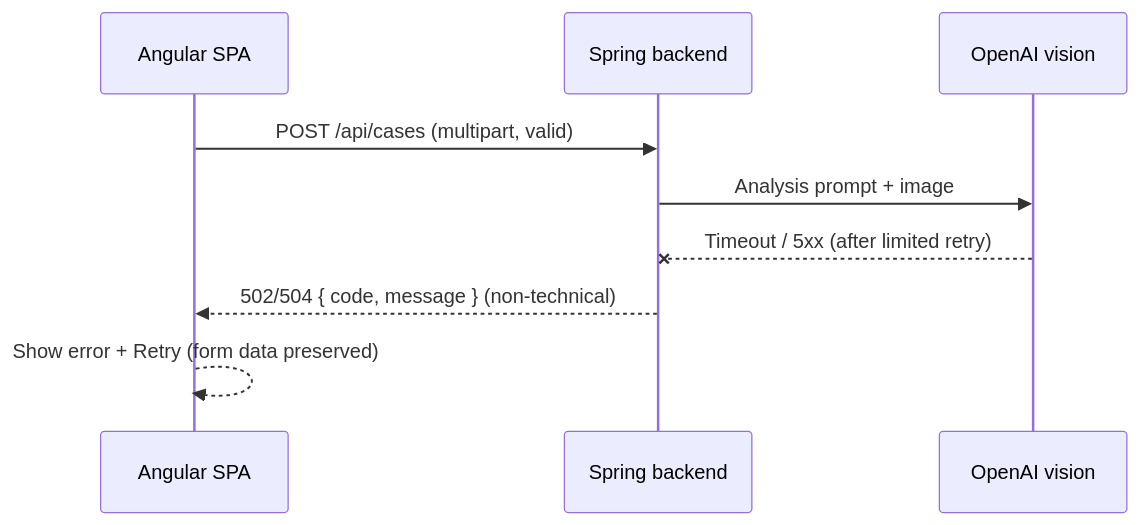
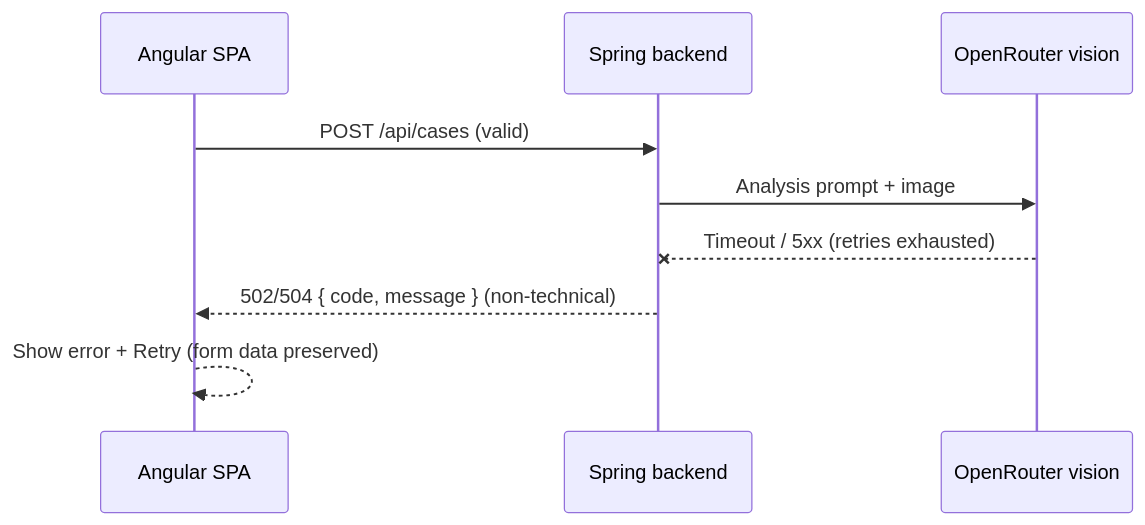
One commit to marcinws/AI-Programming-Course-NBP-22-06-2026 changed the fifth of 5 diagrams in docs/ADR/000-main-architecture.md. Above: the diagram before and after it, drawn with Mermaid. The commit also changed other lines of this file and 5 other files, not shown here.

````diff
--- a/docs/ADR/000-main-architecture.md
+++ b/docs/ADR/000-main-architecture.md
@@ -296,11 +322,11 @@
 ```mermaid
 sequenceDiagram
     participant FE as Angular SPA
     participant BE as Spring backend
-    participant V as OpenAI vision
-    FE->>BE: POST /api/cases (multipart, valid)
+    participant V as OpenRouter vision
+    FE->>BE: POST /api/cases (valid)
     BE->>V: Analysis prompt + image
-    V--xBE: Timeout / 5xx (after limited retry)
+    V--xBE: Timeout / 5xx (retries exhausted)
     BE-->>FE: 502/504 { code, message } (non-technical)
     FE-->>FE: Show error + Retry (form data preserved)
 ```
````
